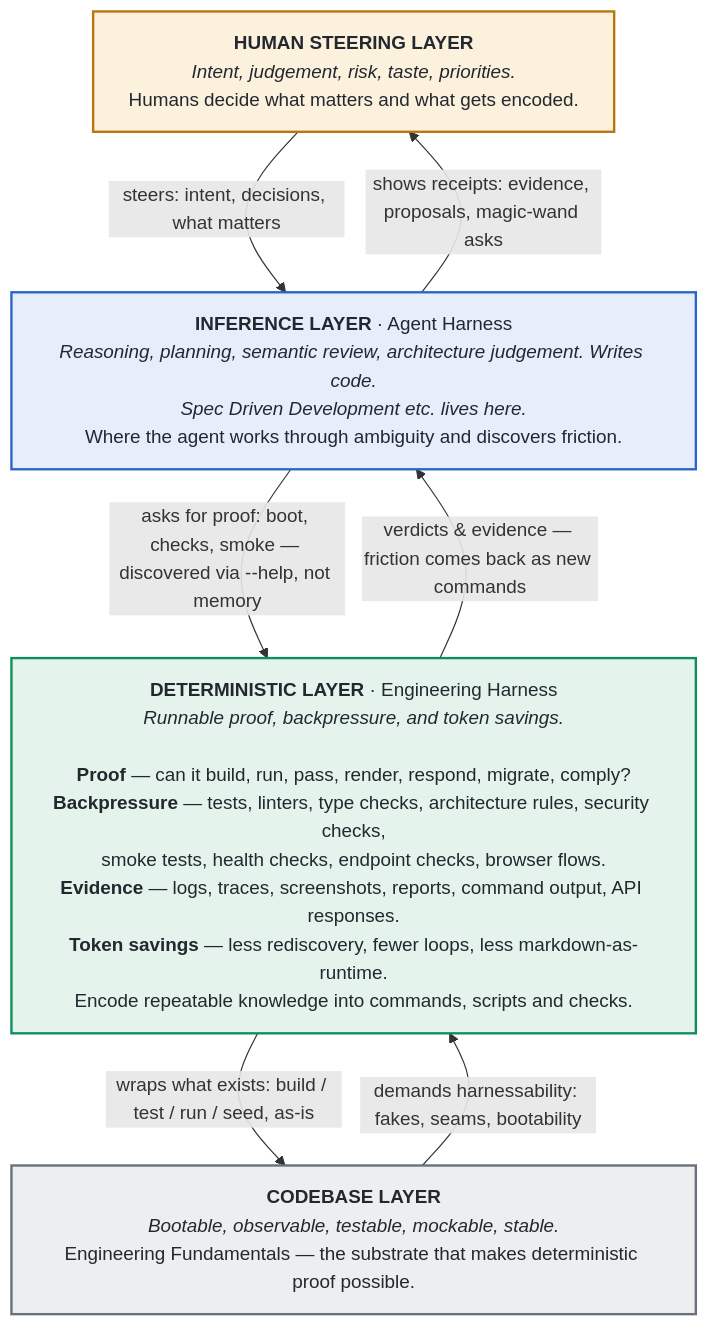
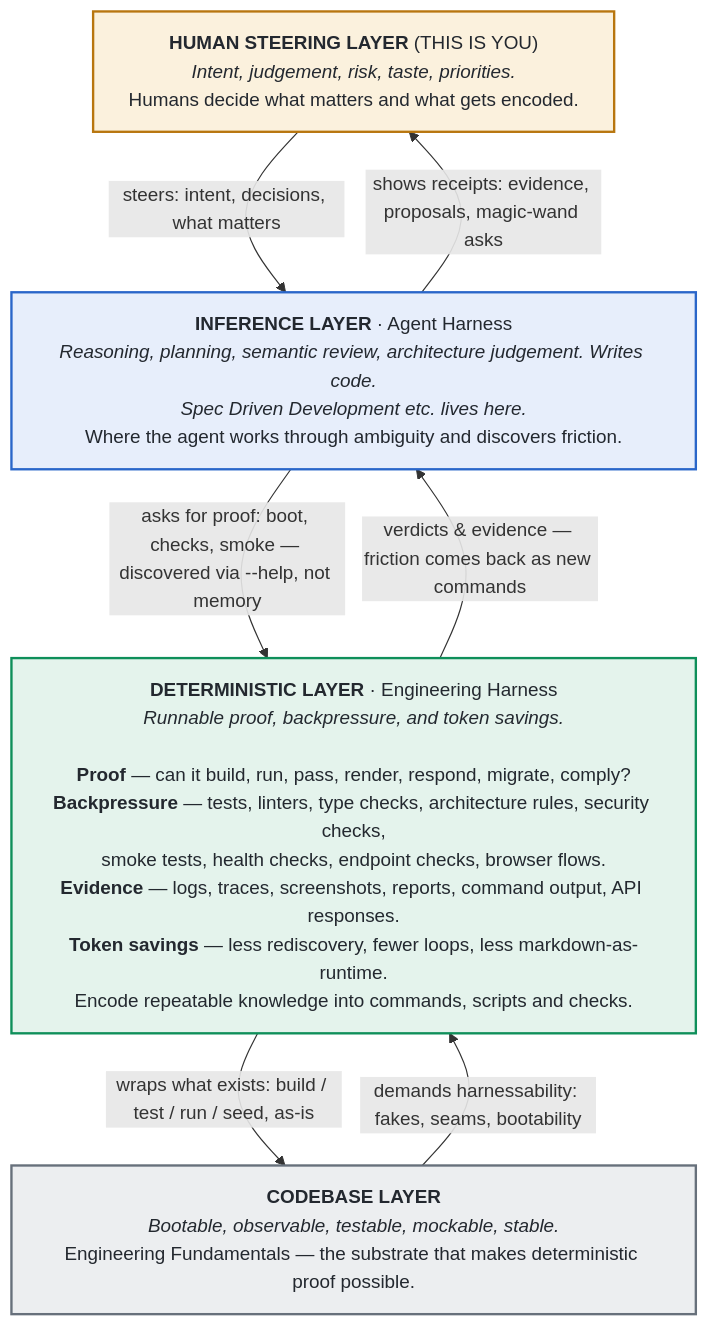
Before and after one commit to AI-Substrate/harness-engineering: the diagram in README.md, drawn with Mermaid. The commit also changed 3 other files, not shown here.

First line of the commit message:
feat(layers): HUMAN STEERING LAYER (THIS IS YOU) across all mirrors

````diff
--- a/README.md
+++ b/README.md
@@ -47,24 +47,24 @@
 ```mermaid
 %%{init: {"flowchart": {"wrappingWidth": 520, "nodeSpacing": 60, "rankSpacing": 64}} }%%
 flowchart TD
-    H["<b>HUMAN STEERING LAYER</b><br/><i>Intent, judgement, risk, taste, priorities.</i><br/>Humans decide what matters and what gets encoded."]
+    H["<b>HUMAN STEERING LAYER</b> (THIS IS YOU)<br/><i>Intent, judgement, risk, taste, priorities.</i><br/>Humans decide what matters and what gets encoded."]
     I["<b>INFERENCE LAYER</b> · Agent Harness<br/><i>Reasoning, planning, semantic review, architecture judgement. Writes code.<br/>Spec Driven Development etc. lives here.</i><br/>Where the agent works through ambiguity and discovers friction."]
     D["<b>DETERMINISTIC LAYER</b> · Engineering Harness<br/><i>Runnable proof, backpressure, and token savings.</i><br/><br/><b>Proof</b> — can it build, run, pass, render, respond, migrate, comply?<br/><b>Backpressure</b> — tests, linters, type checks, architecture rules, security checks,<br/>smoke tests, health checks, endpoint checks, browser flows.<br/><b>Evidence</b> — logs, traces, screenshots, reports, command output, API responses.<br/><b>Token savings</b> — less rediscovery, fewer loops, less markdown-as-runtime.<br/>Encode repeatable knowledge into commands, scripts and checks."]
     C["<b>CODEBASE LAYER</b><br/><i>Bootable, observable, testable, mockable, stable.</i><br/>Engineering Fundamentals — the substrate that makes deterministic proof possible."]
 
     H -->|"steers: intent, decisions, what matters"| I
     I -->|"shows receipts: evidence, proposals, magic-wand asks"| H
     I -->|"asks for proof: boot, checks, smoke — discovered via --help, not memory"| D
     D -->|"verdicts &amp; evidence — friction comes back as new commands"| I
     D -->|"wraps what exists: build / test / run / seed, as-is"| C
     C -->|"demands harnessability: fakes, seams, bootability"| D
 
     classDef human fill:#fbf1dd,stroke:#b8760f,stroke-width:2px,color:#23282f
     classDef infer fill:#e7eefb,stroke:#2a66c9,stroke-width:2px,color:#23282f
     classDef det fill:#e4f3ec,stroke:#0e8f5a,stroke-width:2px,color:#23282f
     classDef code fill:#eceef0,stroke:#67707b,stroke-width:2px,color:#23282f
     class H human
     class I infer
     class D det
     class C code
 ```
````
